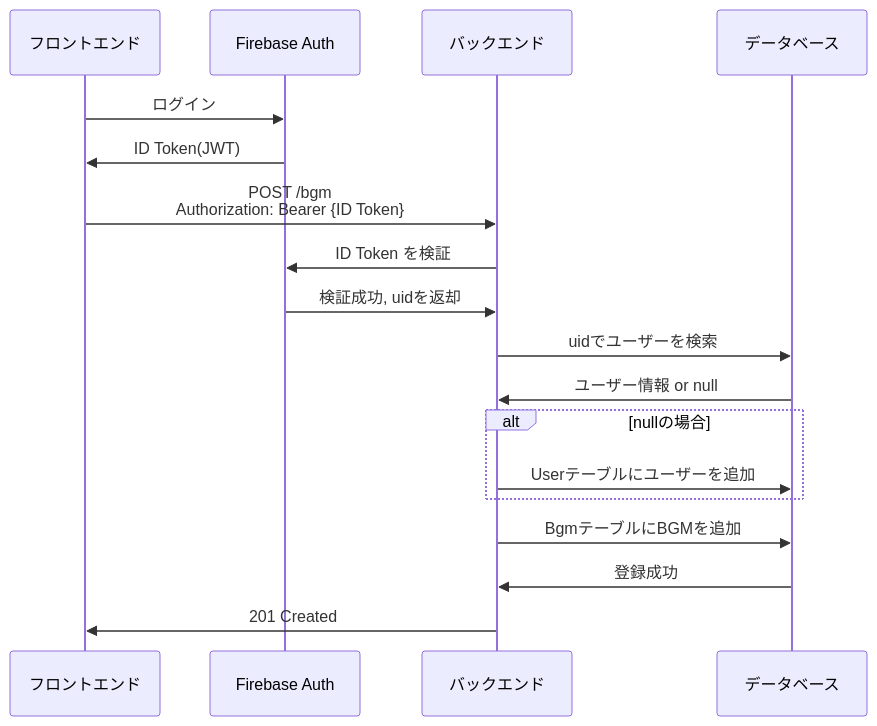
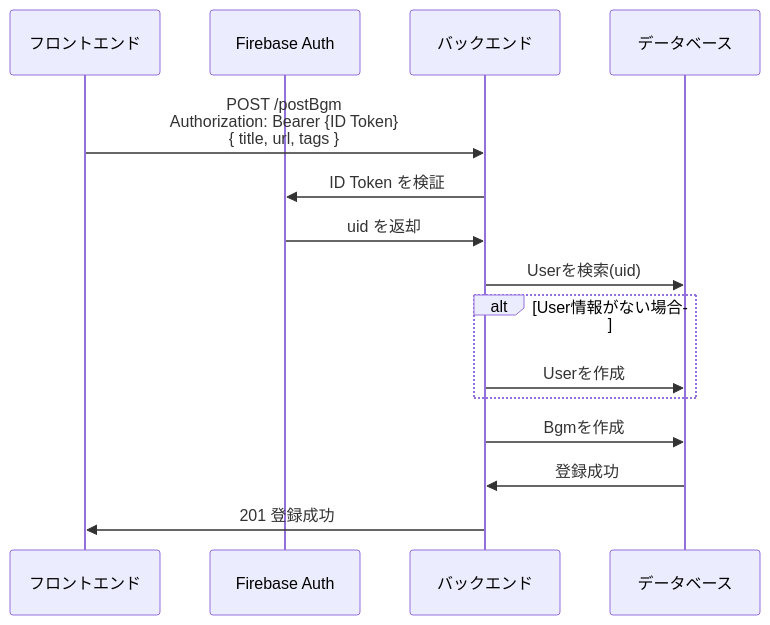
Before and after one commit to kagomen/bgm-api-springboot: the first of 5 diagrams in docs/sequence.md, drawn with Mermaid. The commit also changed other lines of this file and 3 other files, not shown here.

````diff
--- a/docs/sequence.md
+++ b/docs/sequence.md
@@ -5,26 +7,23 @@
 ```mermaid
 sequenceDiagram
   participant FE as フロントエンド
   participant Firebase as Firebase Auth
   participant BE as バックエンド
   participant DB as データベース
 
-  FE->>Firebase: ログイン
-  Firebase->>FE: ID Token(JWT)
+  FE->>BE: POST /postBgm<br />Authorization: Bearer {ID Token}<br />{ title, url, tags }
 
-  FE->>BE: POST /bgm<br />Authorization: Bearer {ID Token}
   BE->>Firebase: ID Token を検証
-  Firebase->>BE: 検証成功, uidを返却
+  Firebase->>BE: uid を返却
 
-  BE->>DB: uidでユーザーを検索
-  DB->>BE: ユーザー情報 or null
+  BE->>DB: Userを検索(uid)
 
-  alt nullの場合
-      BE->>DB: Userテーブルにユーザーを追加
+  alt User情報がない場合
+  BE->>DB: Userを作成
   end
 
-  BE->>DB: BgmテーブルにBGMを追加
+  BE->>DB: Bgmを作成
   DB->>BE: 登録成功
 
-  BE->>FE: 201 Created
+  BE->>FE: 201 登録成功
 ```
````
